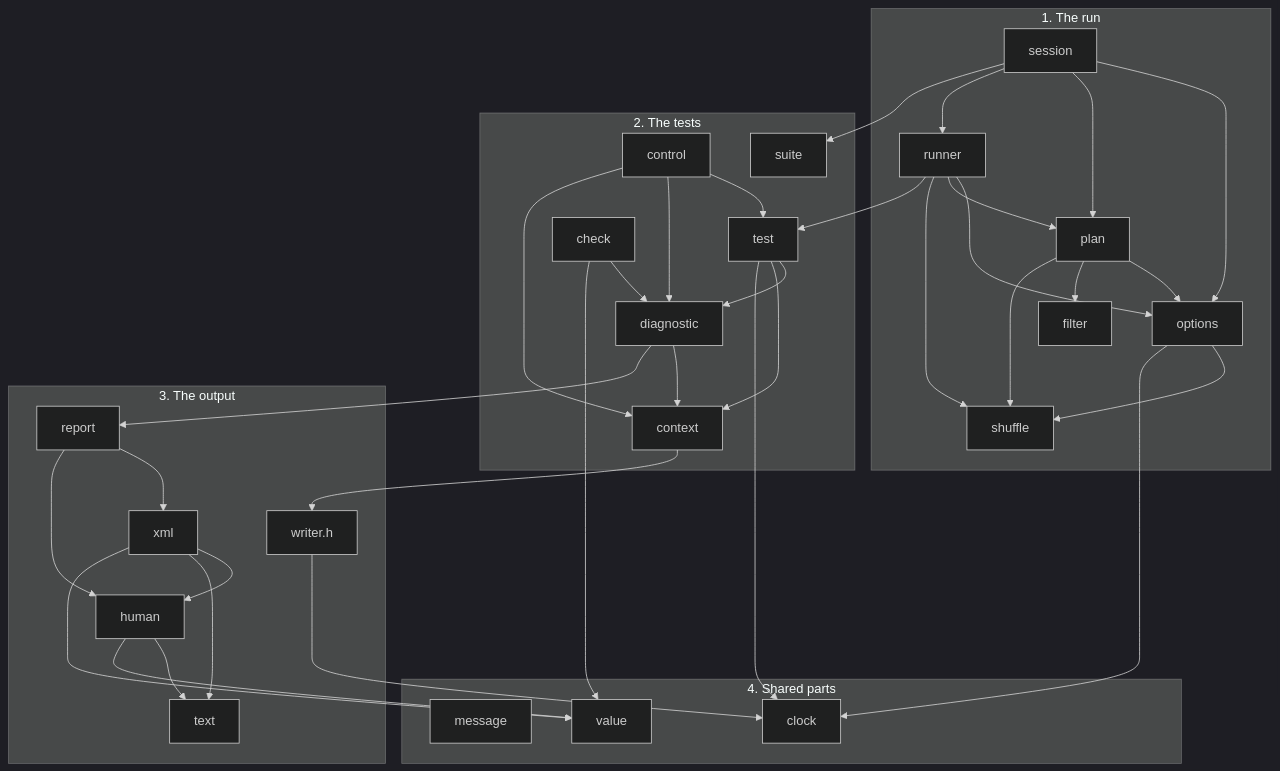
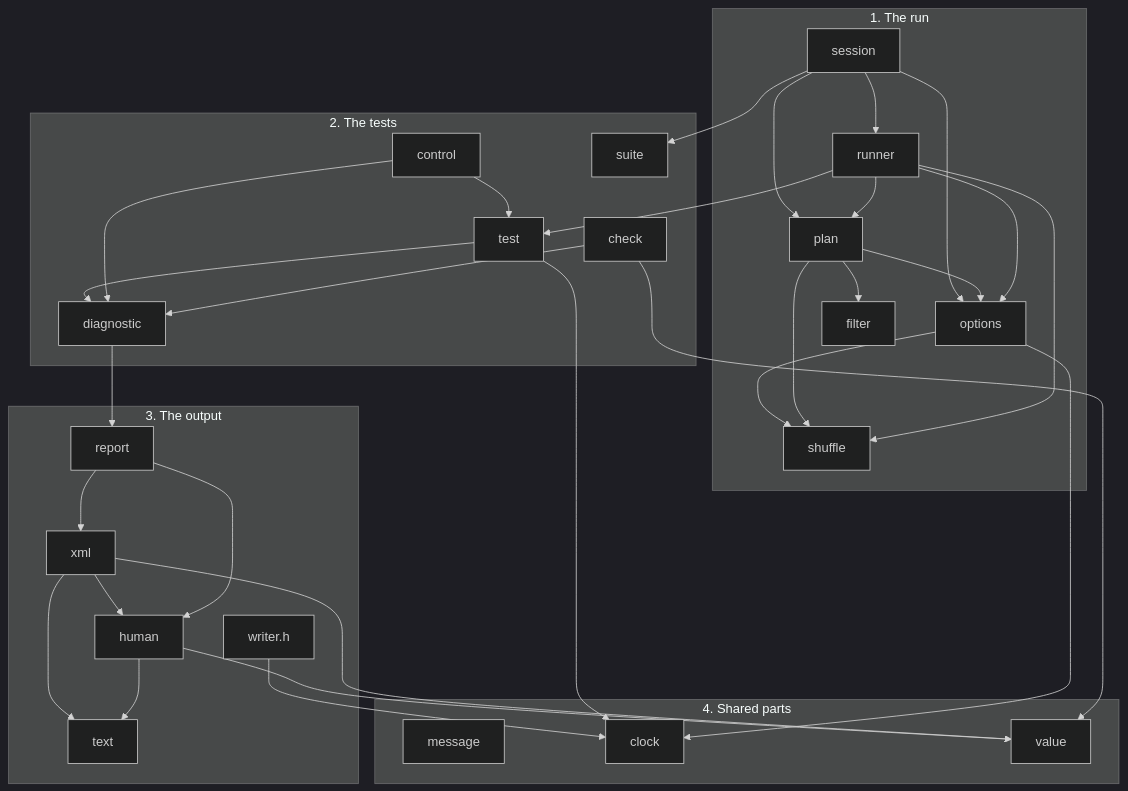
The diagram in docs/development/architecture.md (vabelorg/naos), drawn with Mermaid (dark theme) before and after one commit. The commit also changed other lines of this file and 9 other files, not shown here.

First line of the commit message:
Absorb context.c into diagnostic.c

````diff
--- a/docs/development/architecture.md
+++ b/docs/development/architecture.md
@@ -67,34 +66,32 @@
 ```mermaid
 flowchart TB
   subgraph run["1. The run"]
     session --> options & plan & runner
     options --> shuffle
     plan --> options & filter & shuffle
     runner --> options & plan & shuffle
   end
   subgraph tests["2. The tests"]
-    test --> diagnostic --> context
-    test --> context
-    control --> test & diagnostic & context
+    test --> diagnostic
+    control --> test & diagnostic
     check --> diagnostic
     suite
   end
   subgraph output["3. The output"]
     report --> xml --> human
     report --> human
     xml & human --> text
     writer["writer.h"]
   end
   subgraph shared["4. Shared parts"]
     message
     clock
     value
   end
   session --> suite
   runner --> test
   diagnostic --> report
-  context --> writer
   test & options --> clock
   check & human & xml --> value
   writer --> clock
 ```
````
